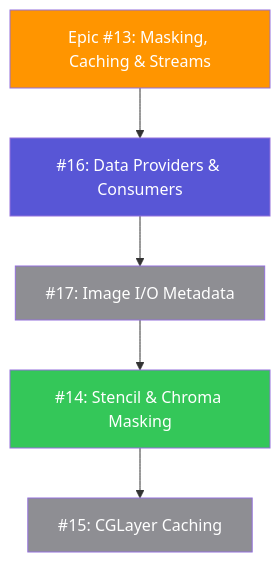
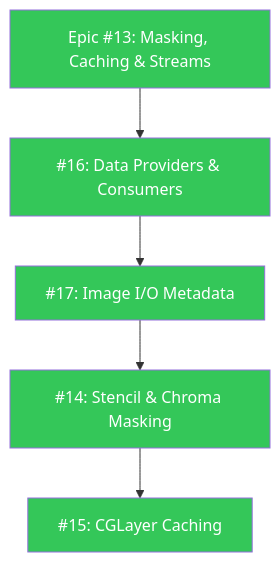
One commit to SlayerMotion/PureDraw changed the sixth of 9 diagrams in README.md. Above: the diagram before and after it, drawn with Mermaid. The commit also changed other lines of this file and 1 other file, not shown here.

First line of the commit message:
docs: mark epic 13 done in roadmap diagrams

````diff
--- a/README.md
+++ b/README.md
@@ -232,17 +232,17 @@
 ```mermaid
 flowchart TB
     classDef done    fill:#34C759,color:#FFFFFF
     classDef active  fill:#007AFF,color:#FFFFFF
     classDef review  fill:#30B0C7,color:#FFFFFF
     classDef next    fill:#5856D6,color:#FFFFFF
     classDef partial fill:#FF9500,color:#FFFFFF
     classDef todo    fill:#8E8E93,color:#FFFFFF
 
-    Epic13["Epic #13: Masking, Caching & Streams"]:::partial --> I16["#16: Data Providers & Consumers"]:::next --> I17["#17: Image I/O Metadata"]:::todo --> I14["#14: Stencil & Chroma Masking"]:::done --> I15["#15: CGLayer Caching"]:::todo
+    Epic13["Epic #13: Masking, Caching & Streams"]:::done --> I16["#16: Data Providers & Consumers"]:::done --> I17["#17: Image I/O Metadata"]:::done --> I14["#14: Stencil & Chroma Masking"]:::done --> I15["#15: CGLayer Caching"]:::done
 
     click Epic13 href "https://github.com/mihaelamj/PureDraw/issues/13" "Epic #13"
     click I14 href "https://github.com/mihaelamj/PureDraw/issues/14" "Issue #14"
     click I15 href "https://github.com/mihaelamj/PureDraw/issues/15" "Issue #15"
     click I16 href "https://github.com/mihaelamj/PureDraw/issues/16" "Issue #16"
     click I17 href "https://github.com/mihaelamj/PureDraw/issues/17" "Issue #17"
 ```
````
